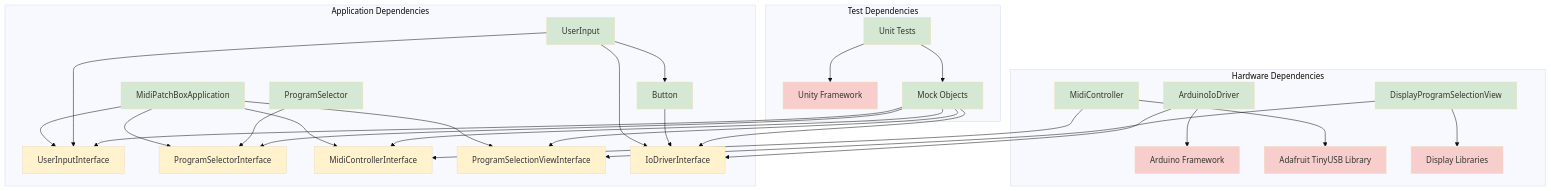
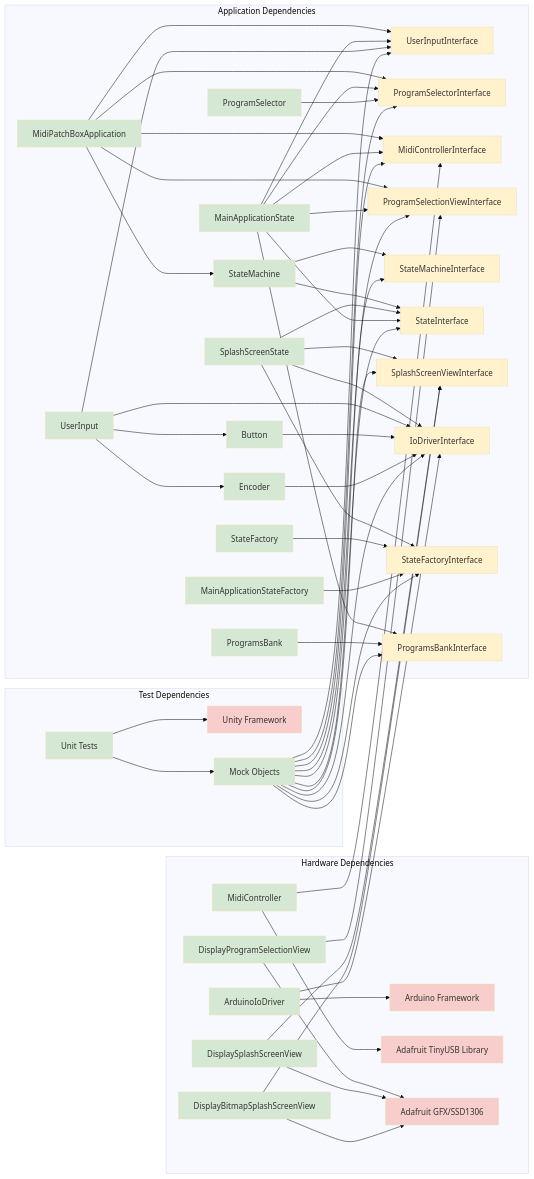
The third of 4 diagrams in ARCHITECTURE.md (iv660/midi-patch-box), drawn with Mermaid (base theme) before and after one commit. The commit also changed other lines of this file, not shown here.

Commit message:
doc: Update architecture description

````diff
--- a/ARCHITECTURE.md
+++ b/ARCHITECTURE.md
@@ -339,44 +532,72 @@
 ```mermaid
-graph TD
+graph LR
     subgraph "Application Dependencies"
-        APP[MidiPatchBoxApplication] --> UII[UserInputInterface]
+        APP[MidiPatchBoxApplication] --> SM[StateMachine]
+        APP --> UII[UserInputInterface]
         APP --> PSI[ProgramSelectorInterface]
         APP --> MCI[MidiControllerInterface]
         APP --> PSVI[ProgramSelectionViewInterface]
         
+        SM --> SMI[StateMachineInterface]
+        SM --> SI[StateInterface]
+        SPS[SplashScreenState] --> SI
+        SPS --> SSVI[SplashScreenViewInterface]
+        SPS --> IOI[IoDriverInterface]
+        SPS --> SFI[StateFactoryInterface]
+        MAS[MainApplicationState] --> SI
+        MAS --> UII
+        MAS --> PSI
+        MAS --> MCI
+        MAS --> PSVI
+        MAS --> PBI[ProgramsBankInterface]
+        
         UI[UserInput] --> UII
-        UI --> IOI[IoDriverInterface]
+        UI --> IOI
         UI --> BTN[Button]
+        UI --> ENC[Encoder]
         BTN --> IOI
+        ENC --> IOI
         PS[ProgramSelector] --> PSI
+        PB[ProgramsBank] --> PBI
+        SF[StateFactory] --> SFI
+        MASF[MainApplicationStateFactory] --> SFI
     end
     
     subgraph "Hardware Dependencies"
         AIO[ArduinoIoDriver] --> IOI
         AIO --> ARDUINO[Arduino Framework]
         
         MC[MidiController] --> MCI
         MC --> TINYUSB[Adafruit TinyUSB Library]
         
         DPSV[DisplayProgramSelectionView] --> PSVI
-        DPSV --> DISPLAY[Display Libraries]
+        DPSV --> ADAFRUIT[Adafruit GFX/SSD1306]
+        DSSV[DisplaySplashScreenView] --> SSVI
+        DSSV --> ADAFRUIT
+        DBSSV[DisplayBitmapSplashScreenView] --> SSVI
+        DBSSV --> ADAFRUIT
     end
     
     subgraph "Test Dependencies"
         TESTS[Unit Tests] --> UNITY[Unity Framework]
         TESTS --> MOCKS[Mock Objects]
         MOCKS --> IOI
         MOCKS --> UII
         MOCKS --> MCI
         MOCKS --> PSI
         MOCKS --> PSVI
+        MOCKS --> SSVI
+        MOCKS --> PBI
+        MOCKS --> SI
+        MOCKS --> SMI
+        MOCKS --> SFI
     end
     
     classDef interface fill:#fff2cc
     classDef concrete fill:#d5e8d4
     classDef external fill:#f8cecc
     
-    class UII,PSI,MCI,IOI,PSVI interface
-    class APP,BTN,PS,UI,AIO,MC,DPSV,TESTS,MOCKS concrete
-    class ARDUINO,TINYUSB,UNITY,DISPLAY external
+    class UII,PSI,MCI,IOI,PSVI,SSVI,PBI,SI,SMI,SFI interface
+    class APP,SM,SPS,MAS,BTN,ENC,PS,PB,UI,AIO,MC,DPSV,DSSV,DBSSV,SF,MASF,TESTS,MOCKS concrete
+    class ARDUINO,TINYUSB,UNITY,ADAFRUIT external
 ```
````
